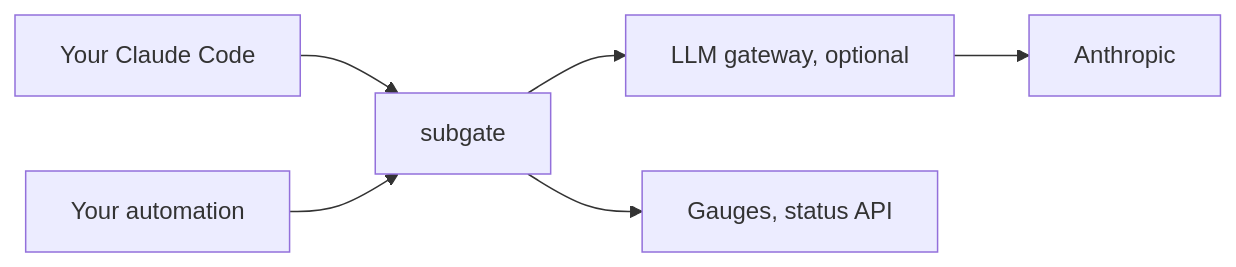
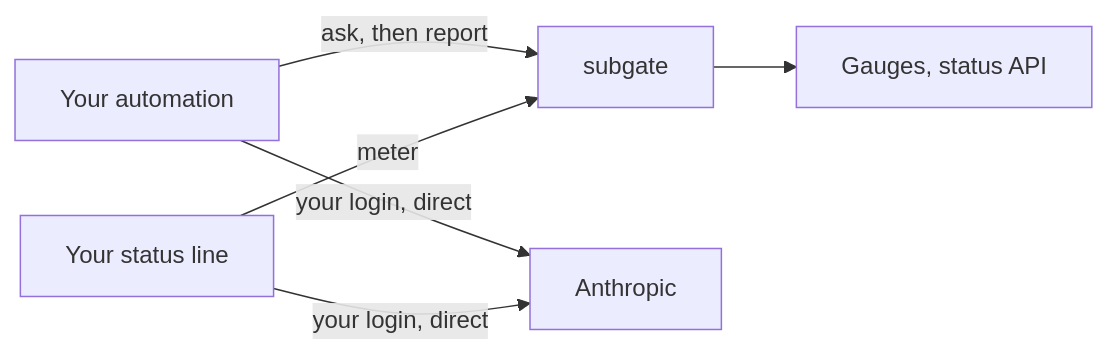
One commit to Egoushka/subgate changed the diagram in README.md. Above: the diagram before and after it, drawn with Mermaid. The commit also changed other lines of this file and 21 other files, not shown here.

````diff
--- a/README.md
+++ b/README.md
@@ -16,7 +16,8 @@
 ```mermaid
 flowchart LR
-  you[Your Claude Code] --> sg[subgate]
-  jobs[Your automation] --> sg
-  sg --> gw[LLM gateway, optional] --> plan[Anthropic]
+  jobs[Your automation] -->|ask, then report| sg[subgate]
+  you[Your status line] -->|meter| sg
+  jobs -->|your login, direct| plan[Anthropic]
+  you -->|your login, direct| plan
   sg --> dash[Gauges, status API]
 ```
````
